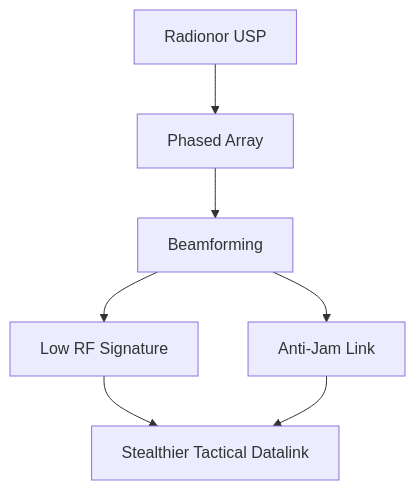
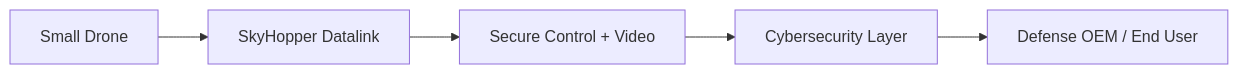
Before and after one commit to vjk7989/project-flex: the eighth of 14 diagrams in HyperLink.md, drawn with Mermaid. The commit also changed other lines of this file, not shown here.

````diff
--- a/HyperLink.md
+++ b/HyperLink.md
@@ -240,9 +416,7 @@
 ```mermaid
-flowchart TD
-    A["Radionor USP"] --> B["Phased Array"]
-    B --> C["Beamforming"]
-    C --> D["Low RF Signature"]
-    C --> E["Anti-Jam Link"]
-    D --> F["Stealthier Tactical Datalink"]
-    E --> F
+flowchart LR
+    A["Small Drone"] --> B["SkyHopper Datalink"]
+    B --> C["Secure Control + Video"]
+    C --> D["Cybersecurity Layer"]
+    D --> E["Defense OEM / End User"]
 ```
````
